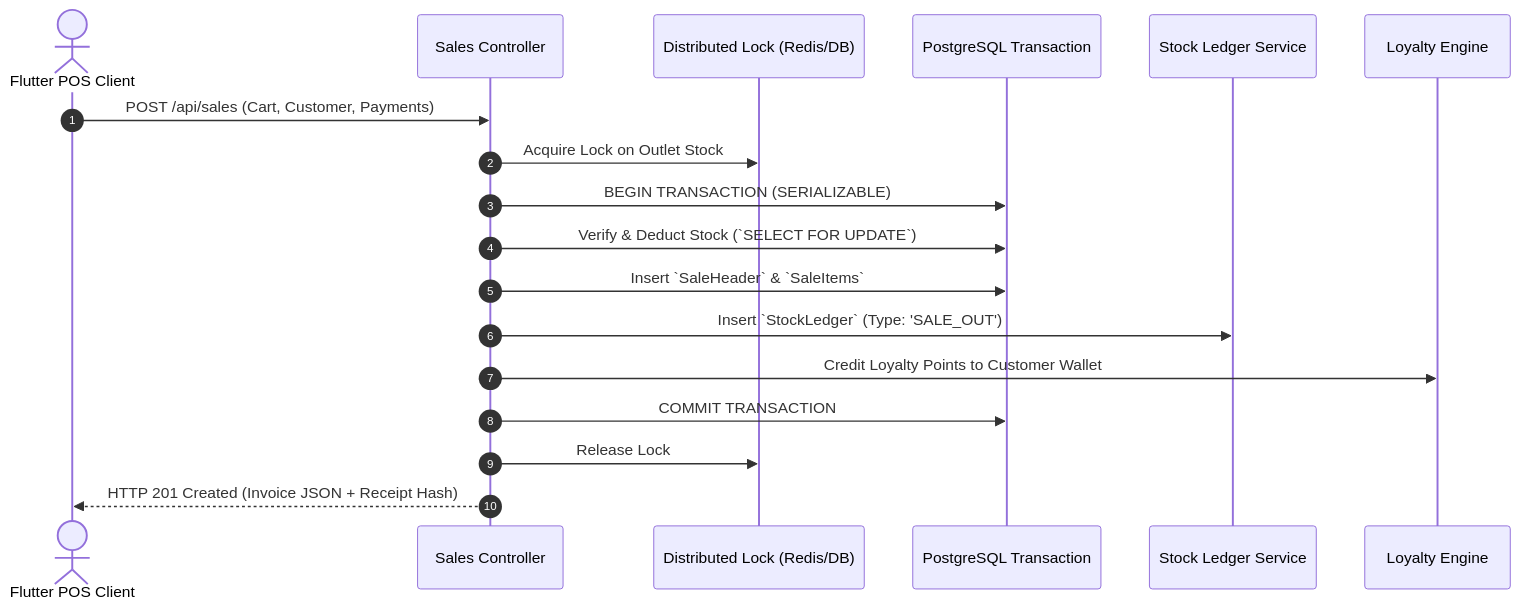
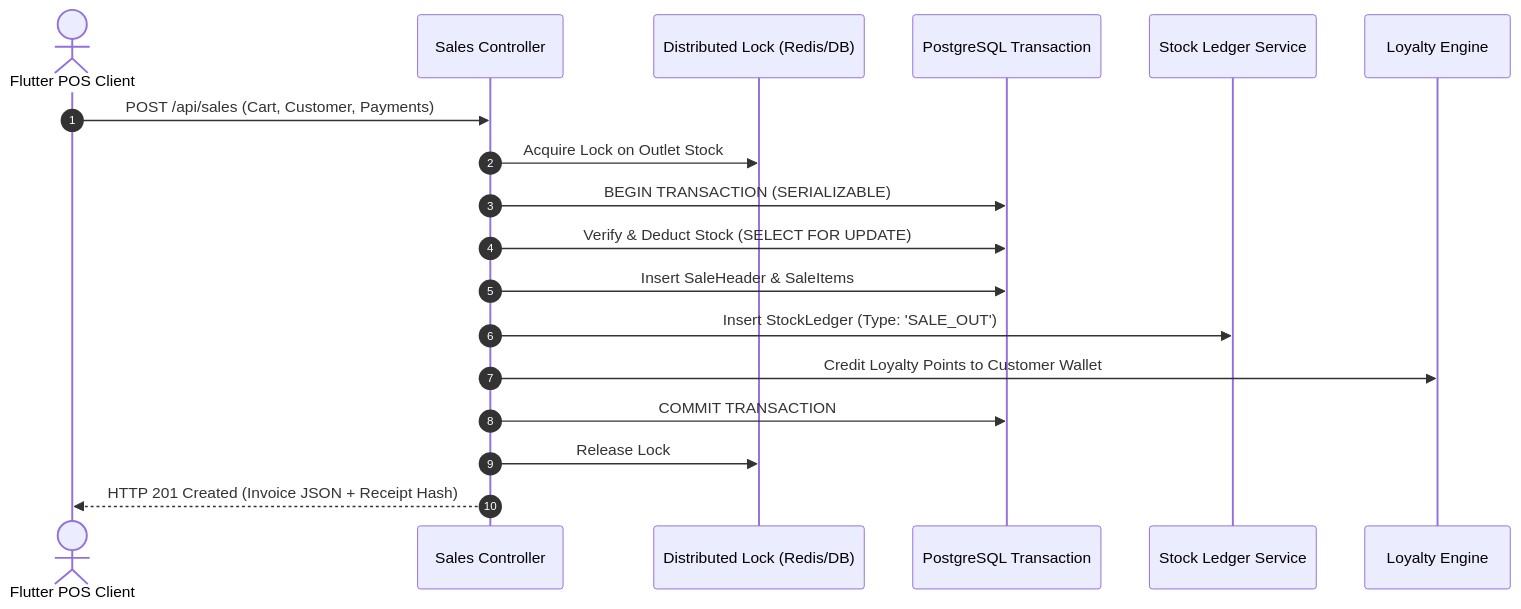
Before and after one commit to studentsdav/RetailSale: the first of 2 diagrams in Docs/Developer-Guide-POS-Inventory-Manufacturing.md, drawn with Mermaid. The commit also changed other lines of this file and 18 other files, not shown here.

````diff
--- a/Docs/Developer-Guide-POS-Inventory-Manufacturing.md
+++ b/Docs/Developer-Guide-POS-Inventory-Manufacturing.md
@@ -24,21 +24,21 @@
 ```mermaid
 sequenceDiagram
     autonumber
     actor POS as Flutter POS Client
     participant API as Sales Controller
     participant Lock as Distributed Lock (Redis/DB)
     participant DB as PostgreSQL Transaction
     participant Ledger as Stock Ledger Service
     participant Loyalty as Loyalty Engine
     
     POS->>API: POST /api/sales (Cart, Customer, Payments)
     API->>Lock: Acquire Lock on Outlet Stock
     API->>DB: BEGIN TRANSACTION (SERIALIZABLE)
-    API->>DB: Verify & Deduct Stock (`SELECT FOR UPDATE`)
-    API->>DB: Insert `SaleHeader` & `SaleItems`
-    API->>Ledger: Insert `StockLedger` (Type: 'SALE_OUT')
+    API->>DB: Verify & Deduct Stock (SELECT FOR UPDATE)
+    API->>DB: Insert SaleHeader & SaleItems
+    API->>Ledger: Insert StockLedger (Type: 'SALE_OUT')
     API->>Loyalty: Credit Loyalty Points to Customer Wallet
     API->>DB: COMMIT TRANSACTION
     API->>Lock: Release Lock
     API-->>POS: HTTP 201 Created (Invoice JSON + Receipt Hash)
 ```
````
